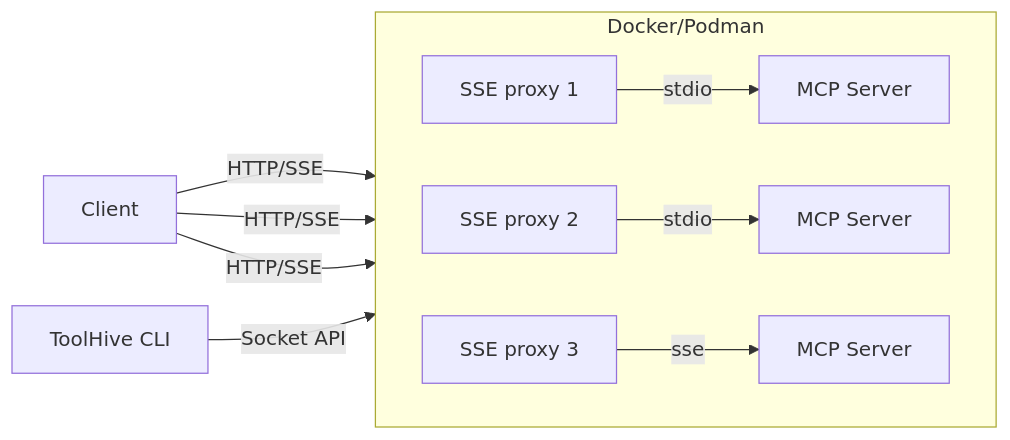
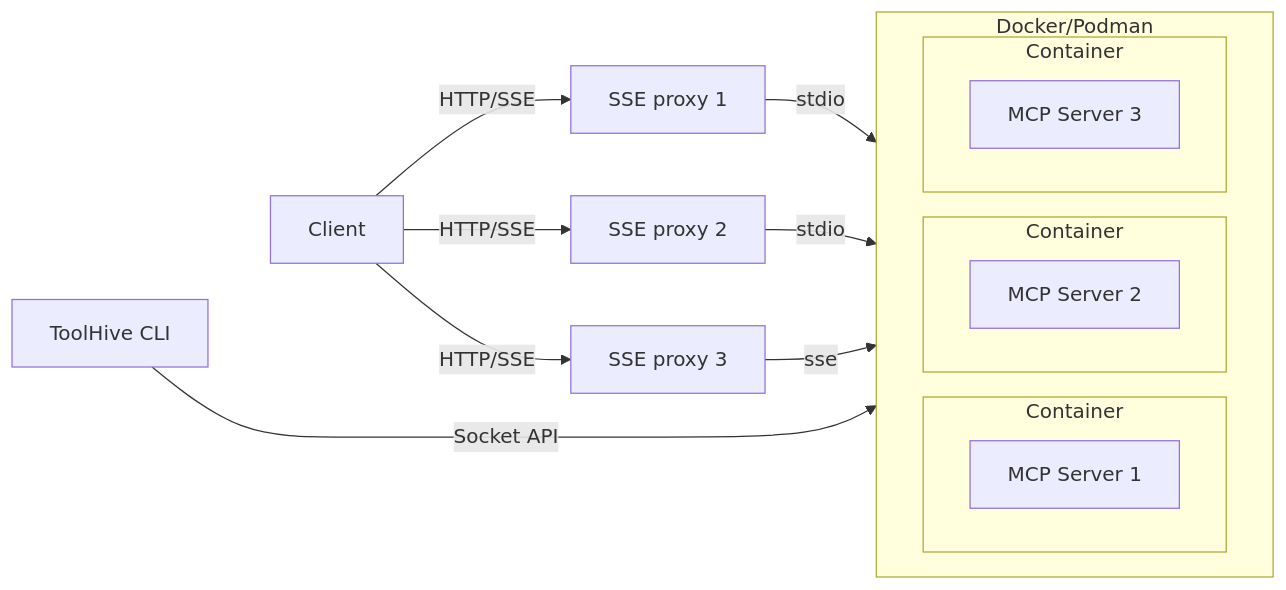
The diagram in README.md (stacklok/toolhive), drawn with Mermaid before and after one commit.

Commit message:
Update the flowchart in README (#345)

````diff
--- a/README.md
+++ b/README.md
@@ -178,21 +178,21 @@
 ```mermaid
 flowchart LR
-  subgraph container[Docker/Podman]
+  subgraph container["Docker/Podman"]
     direction LR
-    proxy1[SSE proxy 1]
-    proxy2[SSE proxy 2]
-    proxy3[SSE proxy 3]
-    mcp1[MCP Server]
-    mcp2[MCP Server]
-    mcp3[MCP Server]
-
-    proxy1 -->|stdio| mcp1
-    proxy2 -->|stdio| mcp2
-    proxy3 -->|sse| mcp3
+    subgraph container1["Container"]
+        mcp1["MCP Server 1"]
+    end
+    subgraph container2["Container"]
+        mcp2["MCP Server 2"]
+    end
+    subgraph container3["Container"]
+        mcp3["MCP Server 3"]
+    end
   end
-
-  T[ToolHive CLI] -->|Socket API| container
-  C[Client] -->|HTTP/SSE| proxy1
-  C[Client] -->|HTTP/SSE| proxy2
-  C[Client] -->|HTTP/SSE| proxy3
+    proxy1["SSE proxy 1"] -- stdio --> mcp1
+    proxy2["SSE proxy 2"] -- stdio --> mcp2
+    proxy3["SSE proxy 3"] -- sse --> mcp3
+    T["ToolHive CLI"] -- Socket API --> container
+    C["Client"] -- HTTP/SSE --> proxy1 & proxy2 & proxy3
+    T ~~~ C
 ```
````
